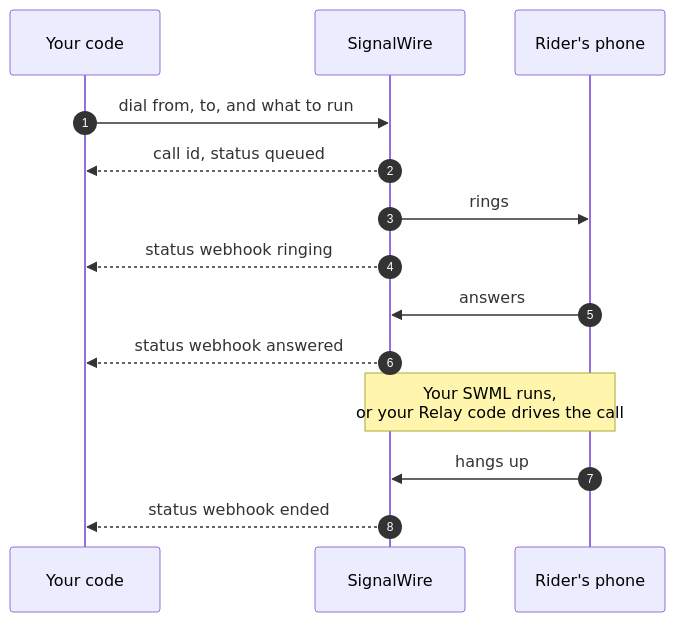
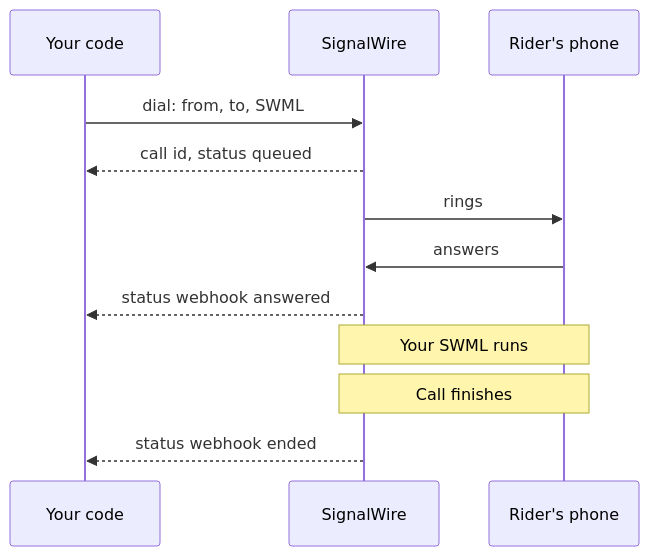
The diagram in fern/products/platform/pages/calling/voice/outbound-calling.mdx (signalwire/docs), drawn with Mermaid before and after one commit. The commit also changed other lines of this file and 1 other file, not shown here.

Commit message:
docs: clarify outbound calling examples and improve diagram readability

````diff
--- a/fern/products/platform/pages/calling/voice/outbound-calling.mdx
+++ b/fern/products/platform/pages/calling/voice/outbound-calling.mdx
@@ -63,17 +66,15 @@
 ```mermaid
 sequenceDiagram
-    autonumber
     participant App as Your code
     participant SW as SignalWire
     participant Rider as Rider's phone
 
-    App->>SW: dial from, to, and what to run
+    App->>SW: dial: from, to, SWML
     SW-->>App: call id, status queued
     SW->>Rider: rings
-    SW-->>App: status webhook ringing
     Rider->>SW: answers
     SW-->>App: status webhook answered
-    Note over SW,Rider: Your SWML runs,<br/>or your Relay code drives the call
-    Rider->>SW: hangs up
+    Note over SW,Rider: Your SWML runs
+    Note over SW,Rider: Call finishes
     SW-->>App: status webhook ended
 ```
````
